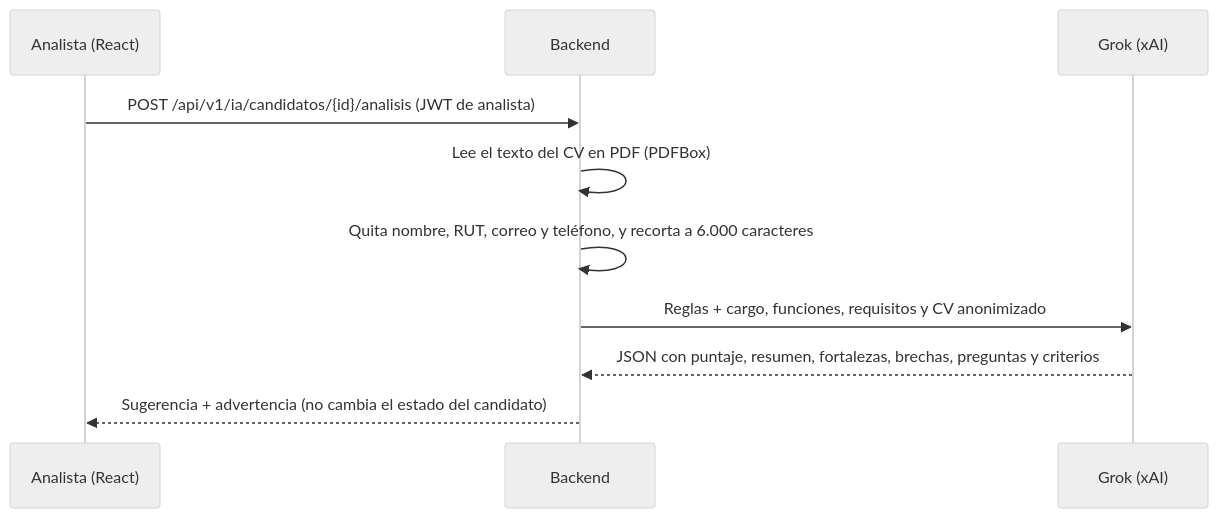
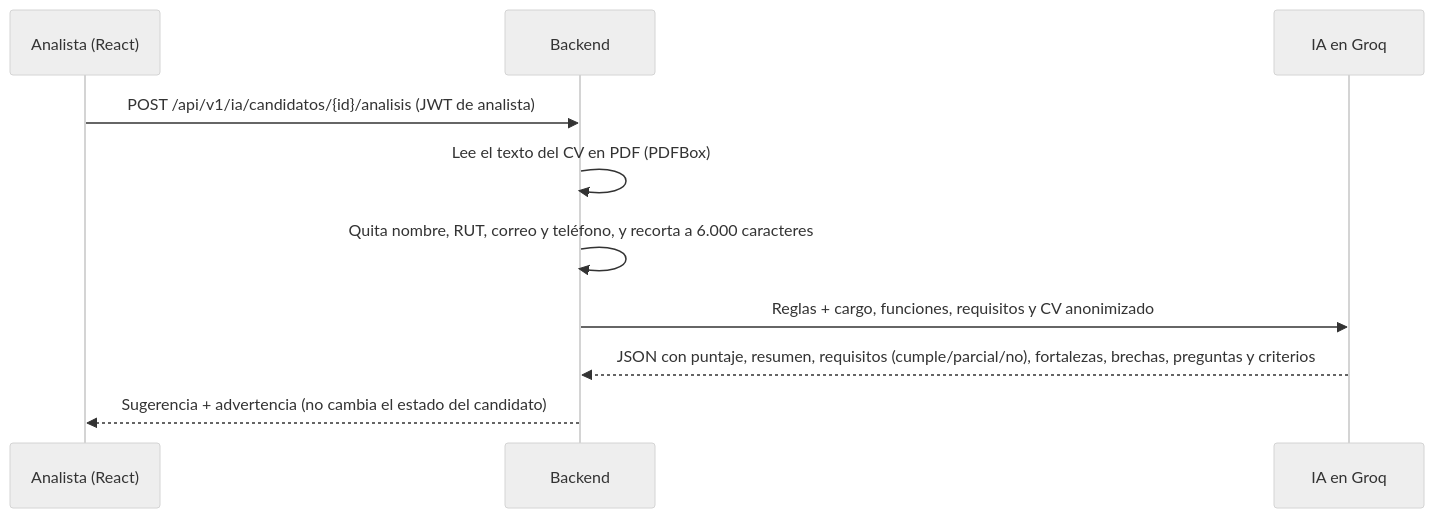
One commit to Linn-Unix/FullStack-II-002D-CasoAquaFiles changed the fourth of 4 diagrams in docs/DOCUMENTO_TECNICO.md. Above: the diagram before and after it, drawn with Mermaid (neutral theme). The commit also changed other lines of this file and 13 other files, not shown here.

First line of the commit message:
docs: documentar la integración con Groq y actualizar evidencias

````diff
--- a/docs/DOCUMENTO_TECNICO.md
+++ b/docs/DOCUMENTO_TECNICO.md
@@ -278,12 +278,12 @@
 ```mermaid
 sequenceDiagram
     participant A as Analista (React)
     participant B as Backend
-    participant G as Grok (xAI)
+    participant G as IA en Groq
     A->>B: POST /api/v1/ia/candidatos/{id}/analisis (JWT de analista)
     B->>B: Lee el texto del CV en PDF (PDFBox)
     B->>B: Quita nombre, RUT, correo y teléfono, y recorta a 6.000 caracteres
     B->>G: Reglas + cargo, funciones, requisitos y CV anonimizado
-    G-->>B: JSON con puntaje, resumen, fortalezas, brechas, preguntas y criterios
+    G-->>B: JSON con puntaje, resumen, requisitos (cumple/parcial/no), fortalezas, brechas, preguntas y criterios
     B-->>A: Sugerencia + advertencia (no cambia el estado del candidato)
 ```
````
